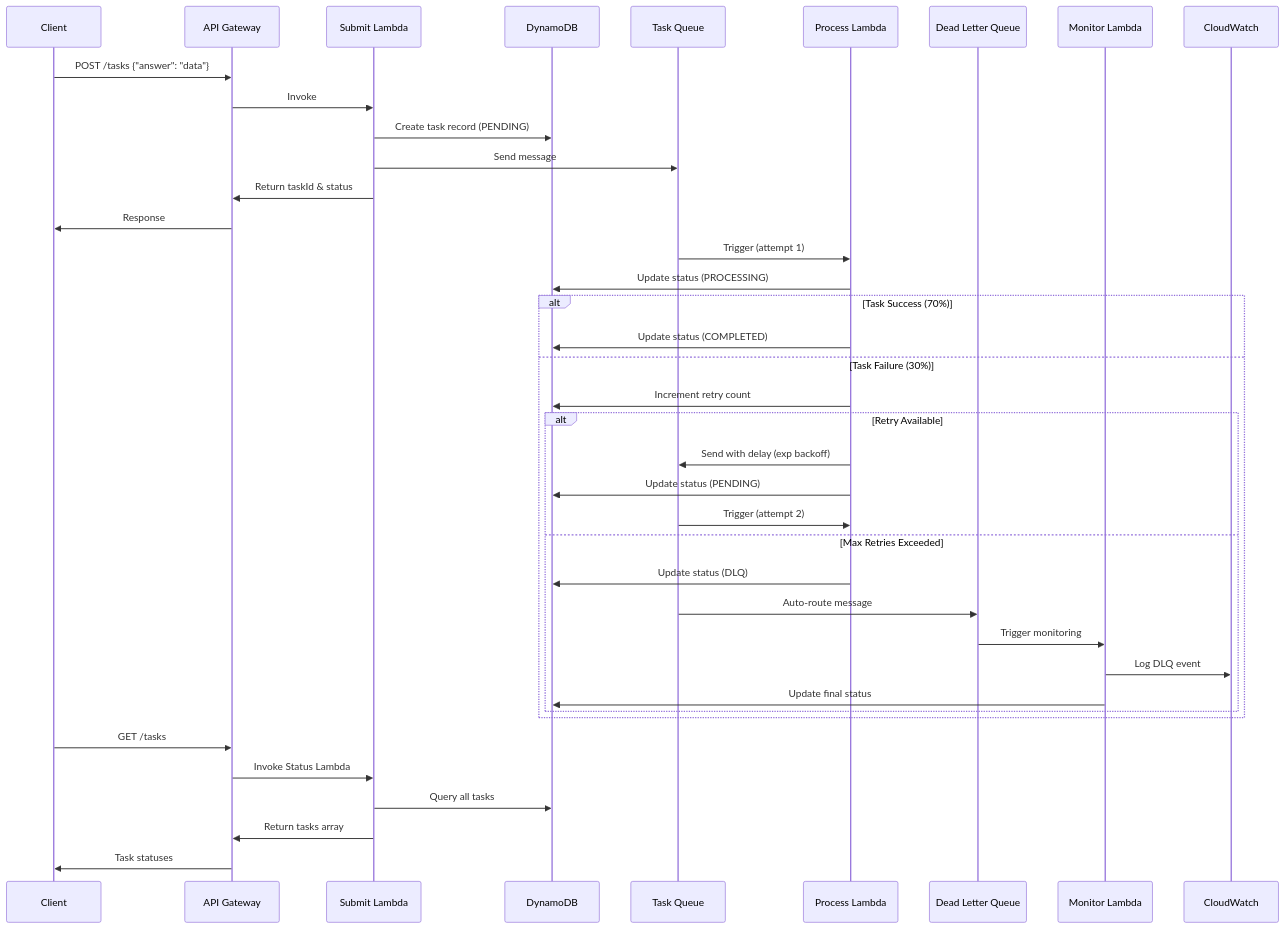
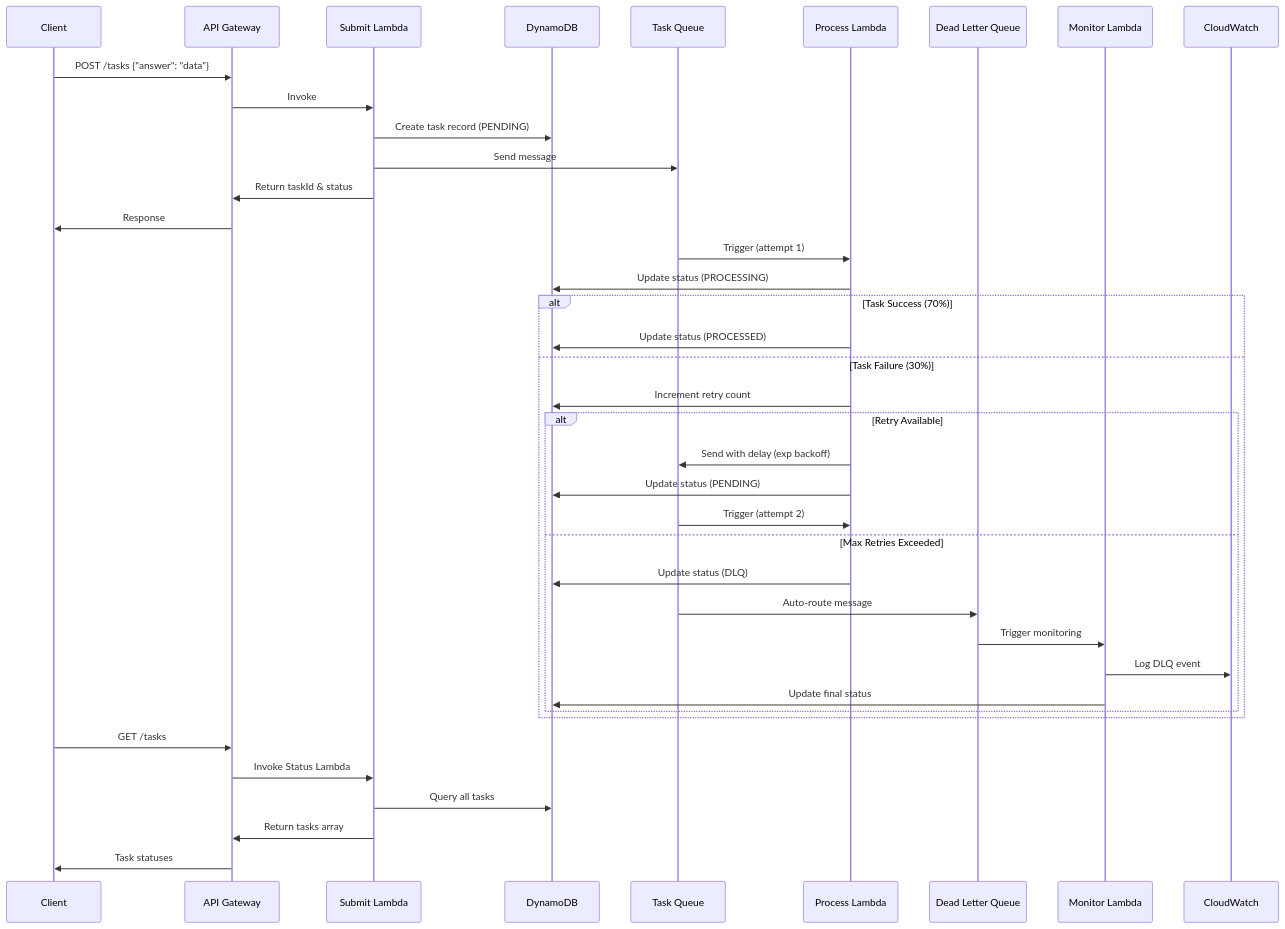
Before and after one commit to ramon4uk/Fault-Tolerant: the second of 2 diagrams in README.md, drawn with Mermaid. The commit also changed other lines of this file and 14 other files, not shown here.

````diff
--- a/README.md
+++ b/README.md
@@ -173,45 +235,45 @@
 ```mermaid
 sequenceDiagram
     participant C as Client
     participant AG as API Gateway
     participant SL as Submit Lambda
     participant DB as DynamoDB
     participant SQS as Task Queue
     participant PL as Process Lambda
     participant DLQ as Dead Letter Queue
     participant ML as Monitor Lambda
     participant CW as CloudWatch
 
     C->>AG: POST /tasks {"answer": "data"}
     AG->>SL: Invoke
     SL->>DB: Create task record (PENDING)
     SL->>SQS: Send message
     SL->>AG: Return taskId & status
     AG->>C: Response
 
     SQS->>PL: Trigger (attempt 1)
     PL->>DB: Update status (PROCESSING)
     
     alt Task Success (70%)
-        PL->>DB: Update status (COMPLETED)
+        PL->>DB: Update status (PROCESSED)
     else Task Failure (30%)
         PL->>DB: Increment retry count
         alt Retry Available
             PL->>SQS: Send with delay (exp backoff)
             PL->>DB: Update status (PENDING)
             SQS->>PL: Trigger (attempt 2)
         else Max Retries Exceeded
             PL->>DB: Update status (DLQ)
             SQS->>DLQ: Auto-route message
             DLQ->>ML: Trigger monitoring
             ML->>CW: Log DLQ event
             ML->>DB: Update final status
         end
     end
 
     C->>AG: GET /tasks
     AG->>SL: Invoke Status Lambda
     SL->>DB: Query all tasks
     SL->>AG: Return tasks array
     AG->>C: Task statuses
 ```
````
